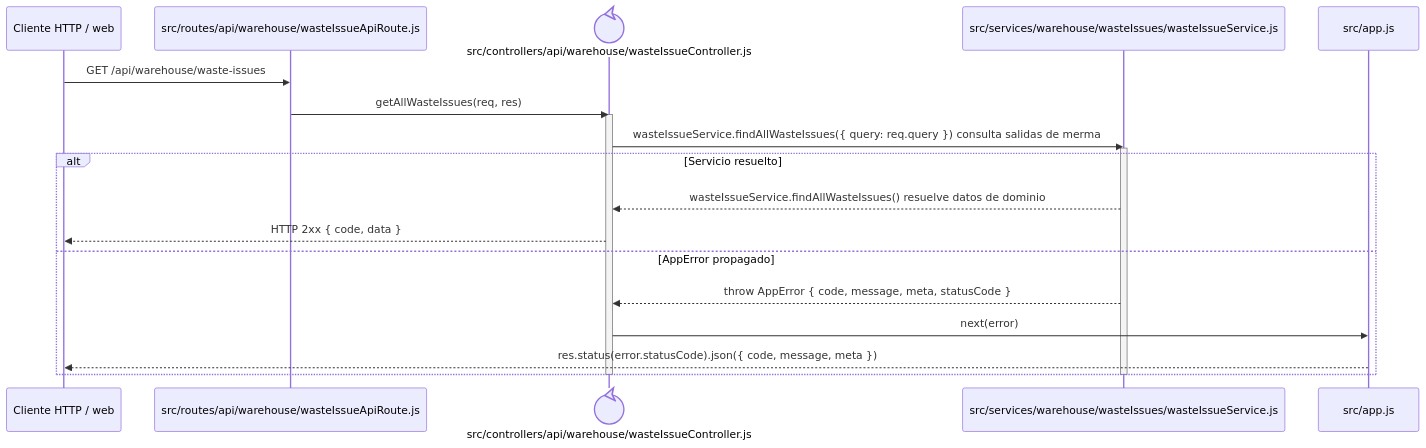
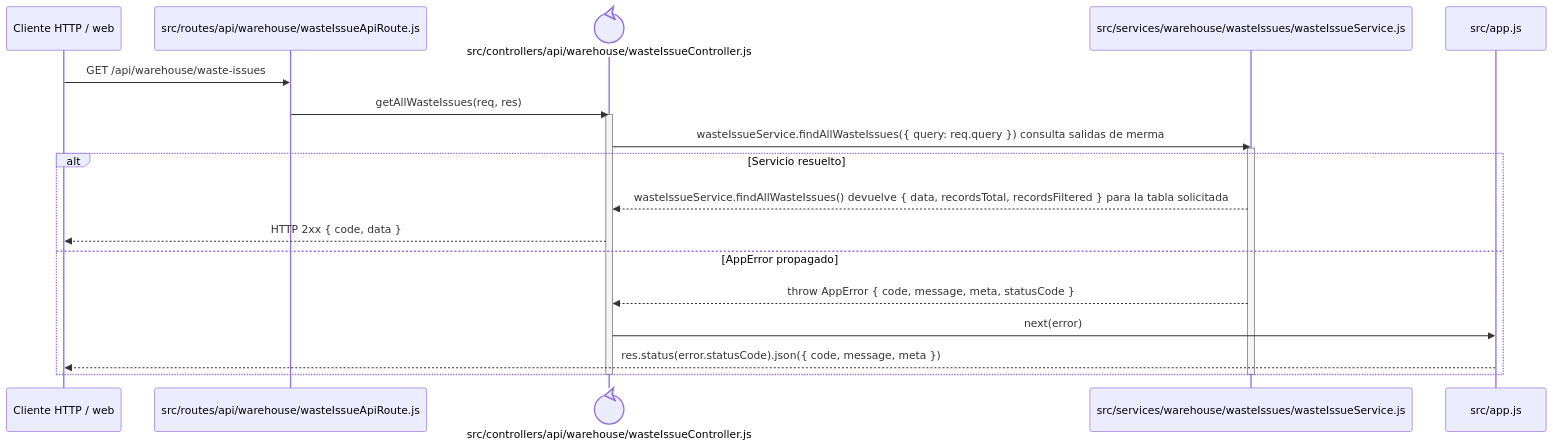
One commit to gpgsistemas01/nexus changed the diagram in docs/architecture/backend-code-sequences/issues/cu-sal-08.md. Above: the diagram before and after it, drawn with Mermaid. The commit also changed 102 other files, not shown here.

````diff
--- a/docs/architecture/backend-code-sequences/issues/cu-sal-08.md
+++ b/docs/architecture/backend-code-sequences/issues/cu-sal-08.md
@@ -6,24 +6,24 @@
 ```mermaid
 sequenceDiagram
     participant Client as Cliente HTTP / web
     participant Route as src/routes/api/warehouse/wasteIssueApiRoute.js
     participant Controller@{ "type": "control" } as src/controllers/api/warehouse/wasteIssueController.js
     participant Domain as src/services/warehouse/wasteIssues/wasteIssueService.js
     participant ErrorHandler as src/app.js
 
     Client->>Route: GET /api/warehouse/waste-issues
     Route->>Controller: getAllWasteIssues(req, res)
     activate Controller
     Controller->>Domain: wasteIssueService.findAllWasteIssues({ query: req.query }) consulta salidas de merma
     activate Domain
     alt Servicio resuelto
-        Domain-->>Controller: wasteIssueService.findAllWasteIssues() resuelve datos de dominio
+        Domain-->>Controller: wasteIssueService.findAllWasteIssues() devuelve { data, recordsTotal, recordsFiltered } para la tabla solicitada
         Controller-->>Client: HTTP 2xx { code, data }
     else AppError propagado
         Domain-->>Controller: throw AppError { code, message, meta, statusCode }
         Controller->>ErrorHandler: next(error)
         ErrorHandler-->>Client: res.status(error.statusCode).json({ code, message, meta })
     end
     deactivate Domain
     deactivate Controller
 ```
````
